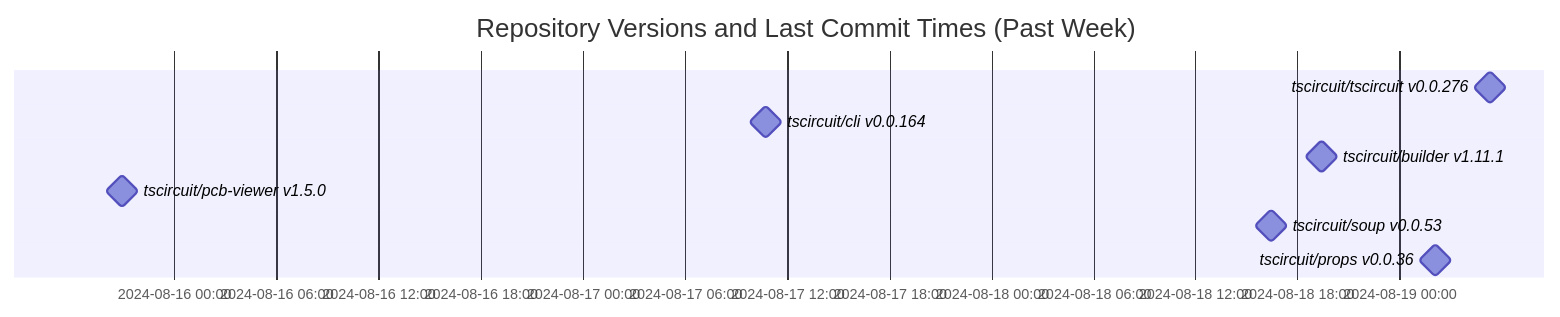
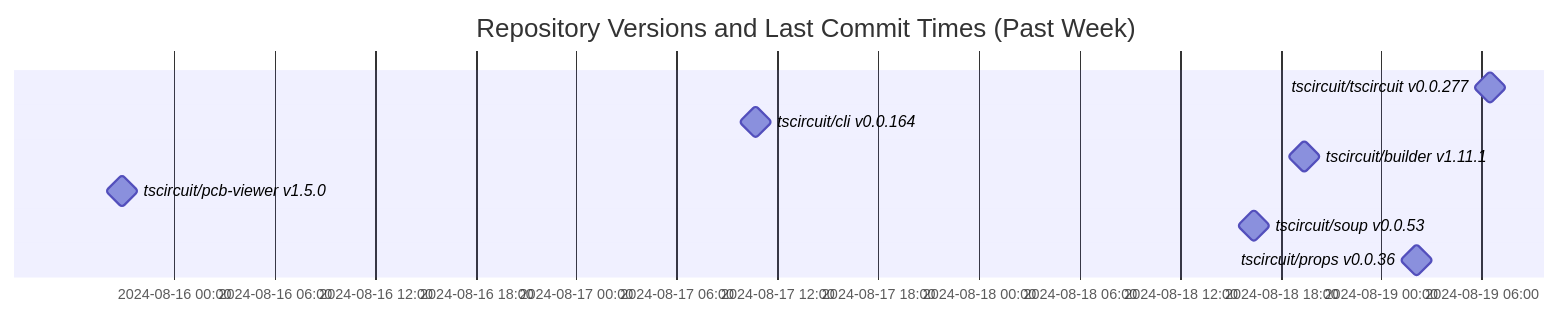
One commit to tscircuit/version-tracker changed the diagram in README.md. Above: the diagram before and after it, drawn with Mermaid.

Commit message:
Update chart

````diff
--- a/README.md
+++ b/README.md
@@ -1,13 +1,13 @@
 ```mermaid
 gantt
   dateFormat  YYYY-MM-DD HH:mm:ss
   title Repository Versions and Last Commit Times (Past Week)
   axisFormat %Y-%m-%d %H:%M
 
-  tscircuit/tscircuit v0.0.276 : milestone, 2024-08-19 05:18:31, 1s
+  tscircuit/tscircuit v0.0.277 : milestone, 2024-08-19 06:29:36, 1s
   tscircuit/cli v0.0.164 : milestone, 2024-08-17 10:43:36, 1s
   tscircuit/builder v1.11.1 : milestone, 2024-08-18 19:26:24, 1s
   tscircuit/pcb-viewer v1.5.0 : milestone, 2024-08-15 20:55:08, 1s
   tscircuit/soup v0.0.53 : milestone, 2024-08-18 16:25:05, 1s
   tscircuit/props v0.0.36 : milestone, 2024-08-19 02:05:19, 1s
 ```
````
